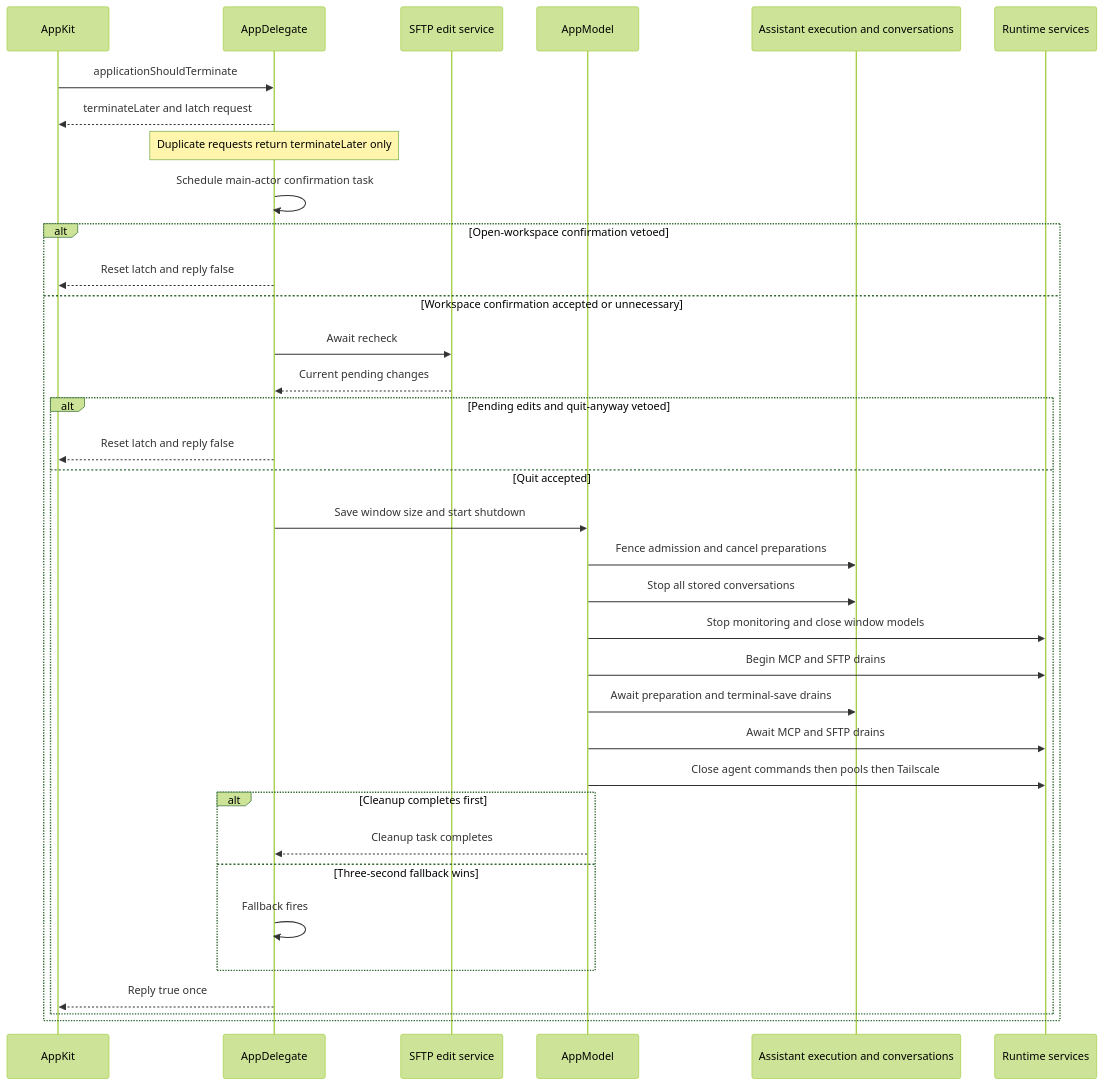
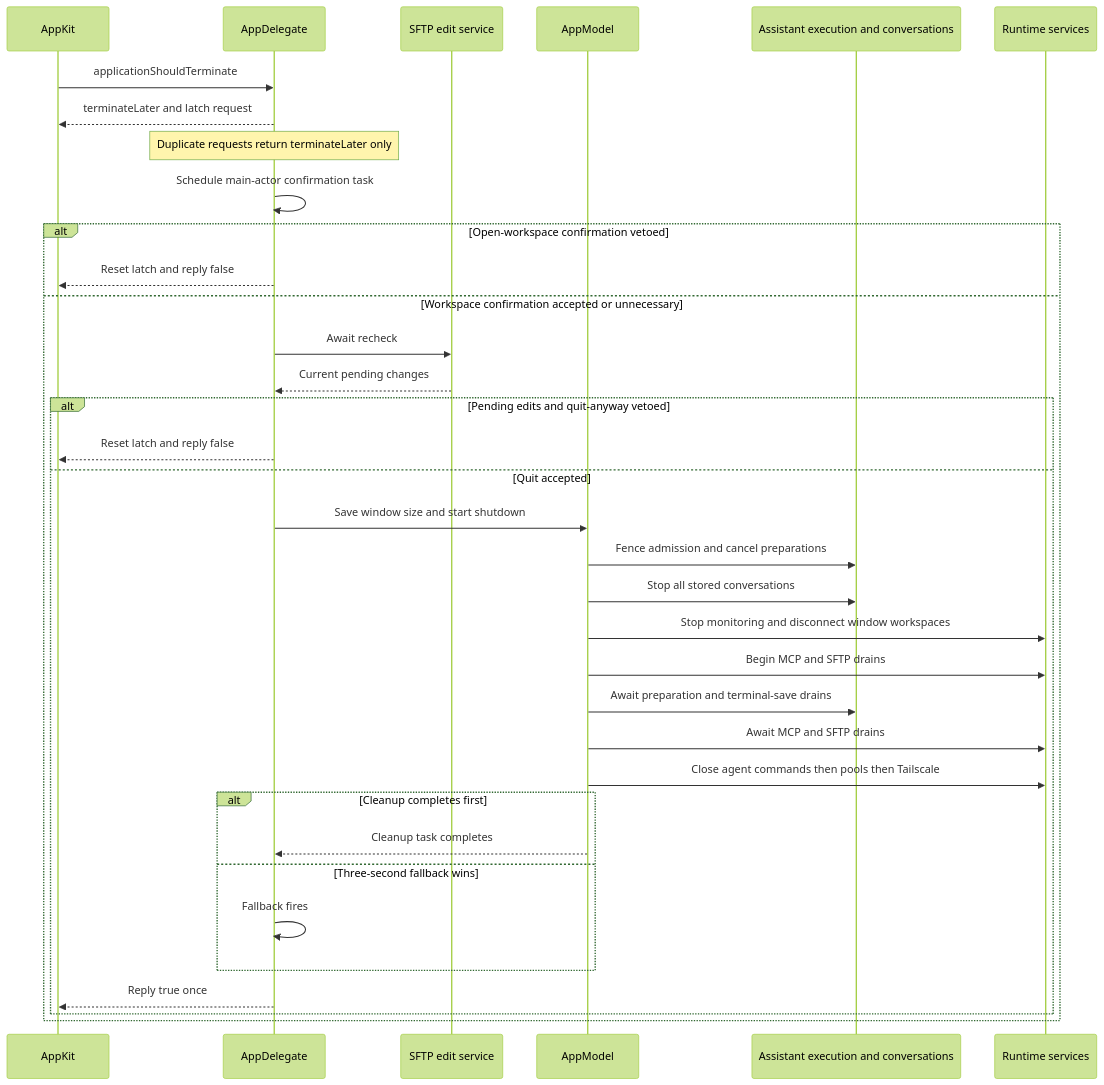
One commit to AkinoKaede/Termind changed the third of 7 diagrams in openwiki/architecture/platform-runtime.md. Above: the diagram before and after it, drawn with Mermaid (forest theme). The commit also changed other lines of this file and 65 other files, not shown here.

````diff
--- a/openwiki/architecture/platform-runtime.md
+++ b/openwiki/architecture/platform-runtime.md
@@ -276,37 +271,37 @@
 ```mermaid
 sequenceDiagram
     participant Native as AppKit
     participant Delegate as AppDelegate
     participant Edits as SFTP edit service
     participant Model as AppModel
     participant Assistant as Assistant execution and conversations
     participant Services as Runtime services
     Native->>Delegate: applicationShouldTerminate
     Delegate-->>Native: terminateLater and latch request
     Note over Delegate: Duplicate requests return terminateLater only
     Delegate->>Delegate: Schedule main-actor confirmation task
     alt Open-workspace confirmation vetoed
         Delegate-->>Native: Reset latch and reply false
     else Workspace confirmation accepted or unnecessary
         Delegate->>Edits: Await recheck
         Edits-->>Delegate: Current pending changes
         alt Pending edits and quit-anyway vetoed
             Delegate-->>Native: Reset latch and reply false
         else Quit accepted
             Delegate->>Model: Save window size and start shutdown
             Model->>Assistant: Fence admission and cancel preparations
             Model->>Assistant: Stop all stored conversations
-            Model->>Services: Stop monitoring and close window models
+            Model->>Services: Stop monitoring and disconnect window workspaces
             Model->>Services: Begin MCP and SFTP drains
             Model->>Assistant: Await preparation and terminal-save drains
             Model->>Services: Await MCP and SFTP drains
             Model->>Services: Close agent commands then pools then Tailscale
             alt Cleanup completes first
                 Model-->>Delegate: Cleanup task completes
             else Three-second fallback wins
                 Delegate->>Delegate: Fallback fires
             end
             Delegate-->>Native: Reply true once
         end
     end
 ```
````
